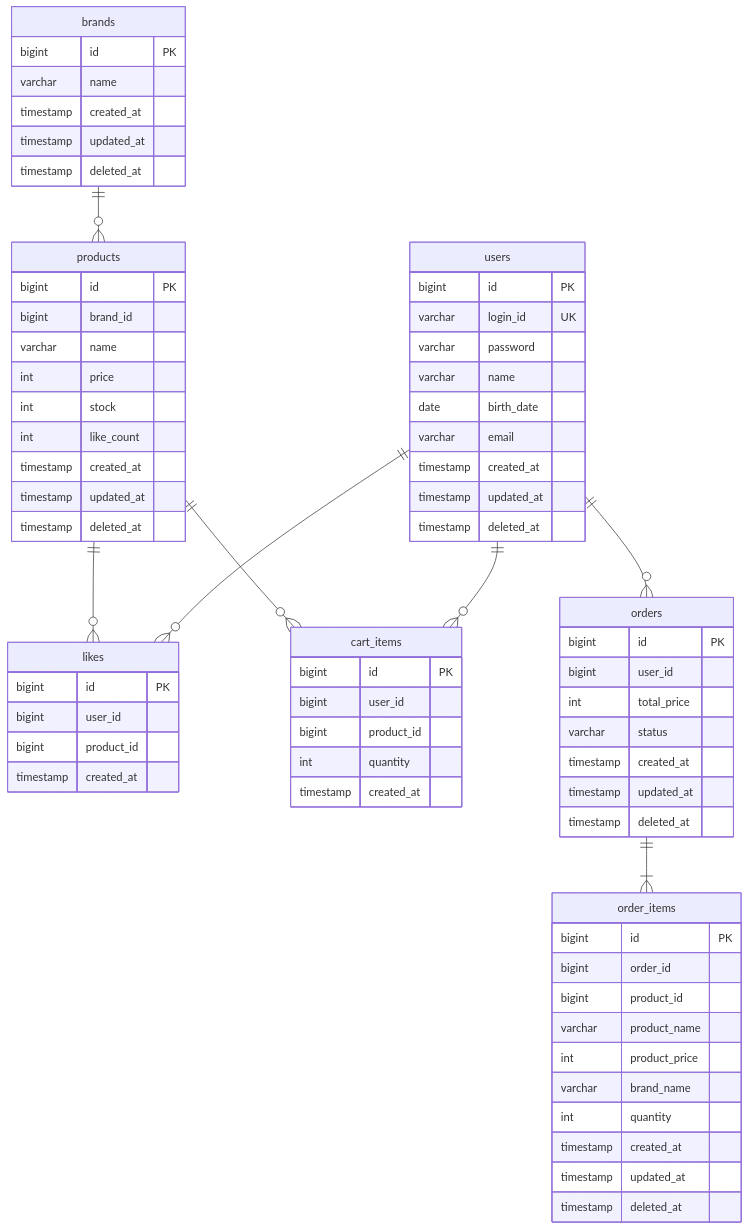
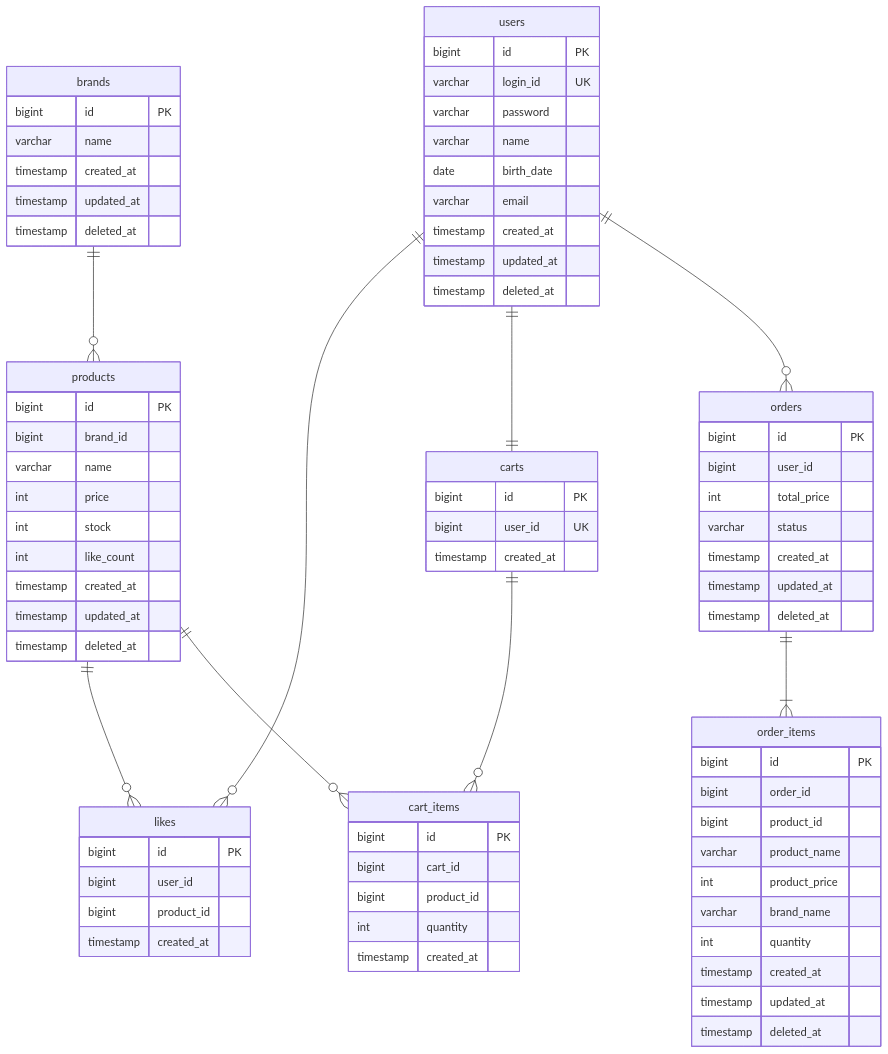
Before and after one commit to Loopers-dev-lab/loop-pack-be-l2-vol3-java: the diagram in .docs/04-erd.md, drawn with Mermaid. The commit also changed other lines of this file and 3 other files, not shown here.

```diff
--- a/.docs/04-erd.md
+++ b/.docs/04-erd.md
@@ -47,9 +47,15 @@
         timestamp created_at
     }
 
+    carts {
+        bigint id PK
+        bigint user_id UK
+        timestamp created_at
+    }
+
     cart_items {
         bigint id PK
-        bigint user_id
+        bigint cart_id
         bigint product_id
         int quantity
         timestamp created_at
@@ -81,7 +87,8 @@
     brands ||--o{ products : ""
     users ||--o{ likes : ""
     products ||--o{ likes : ""
-    users ||--o{ cart_items : ""
+    users ||--|| carts : ""
+    carts ||--o{ cart_items : ""
     products ||--o{ cart_items : ""
     users ||--o{ orders : ""
     orders ||--|{ order_items : ""
```
